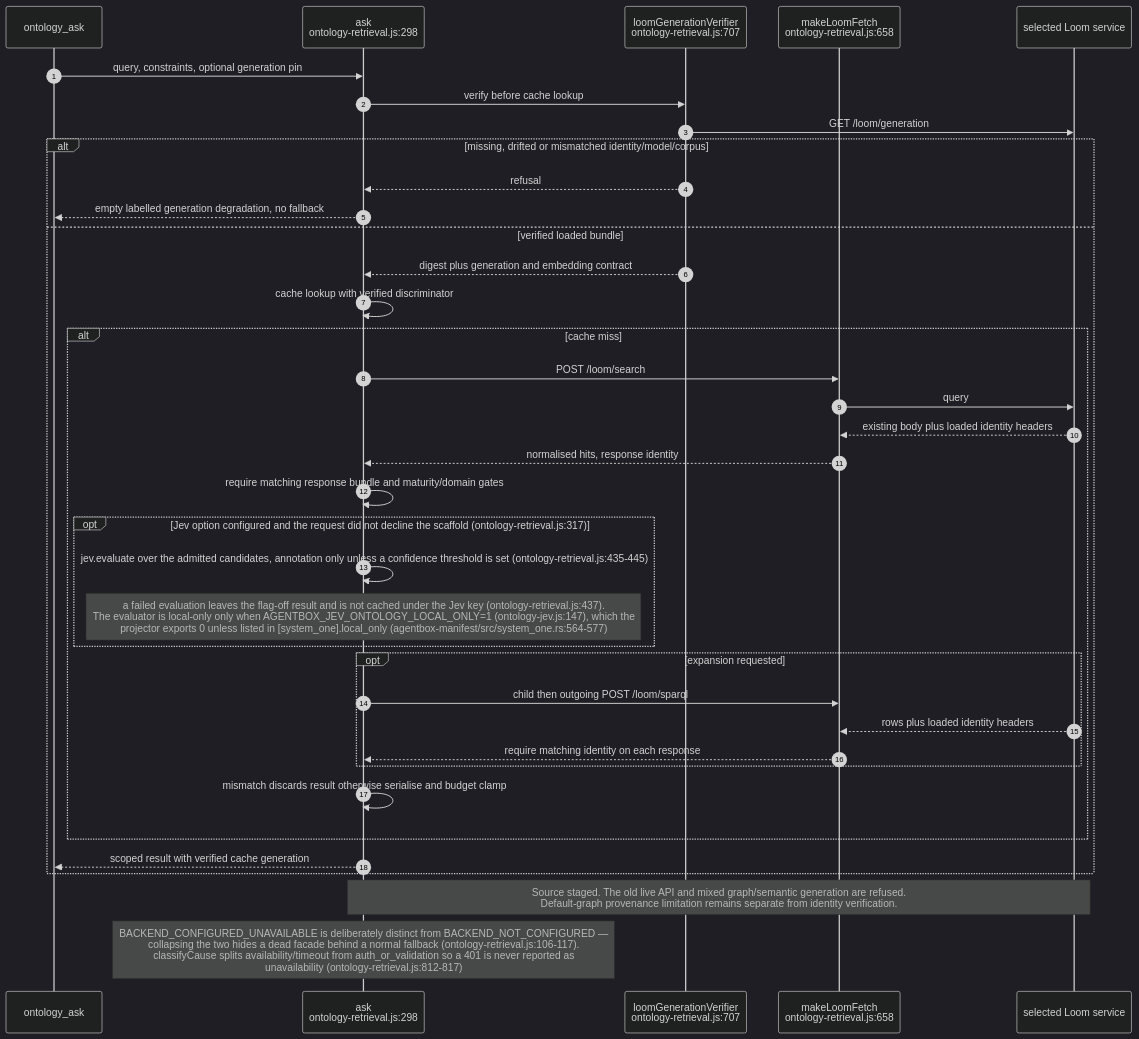
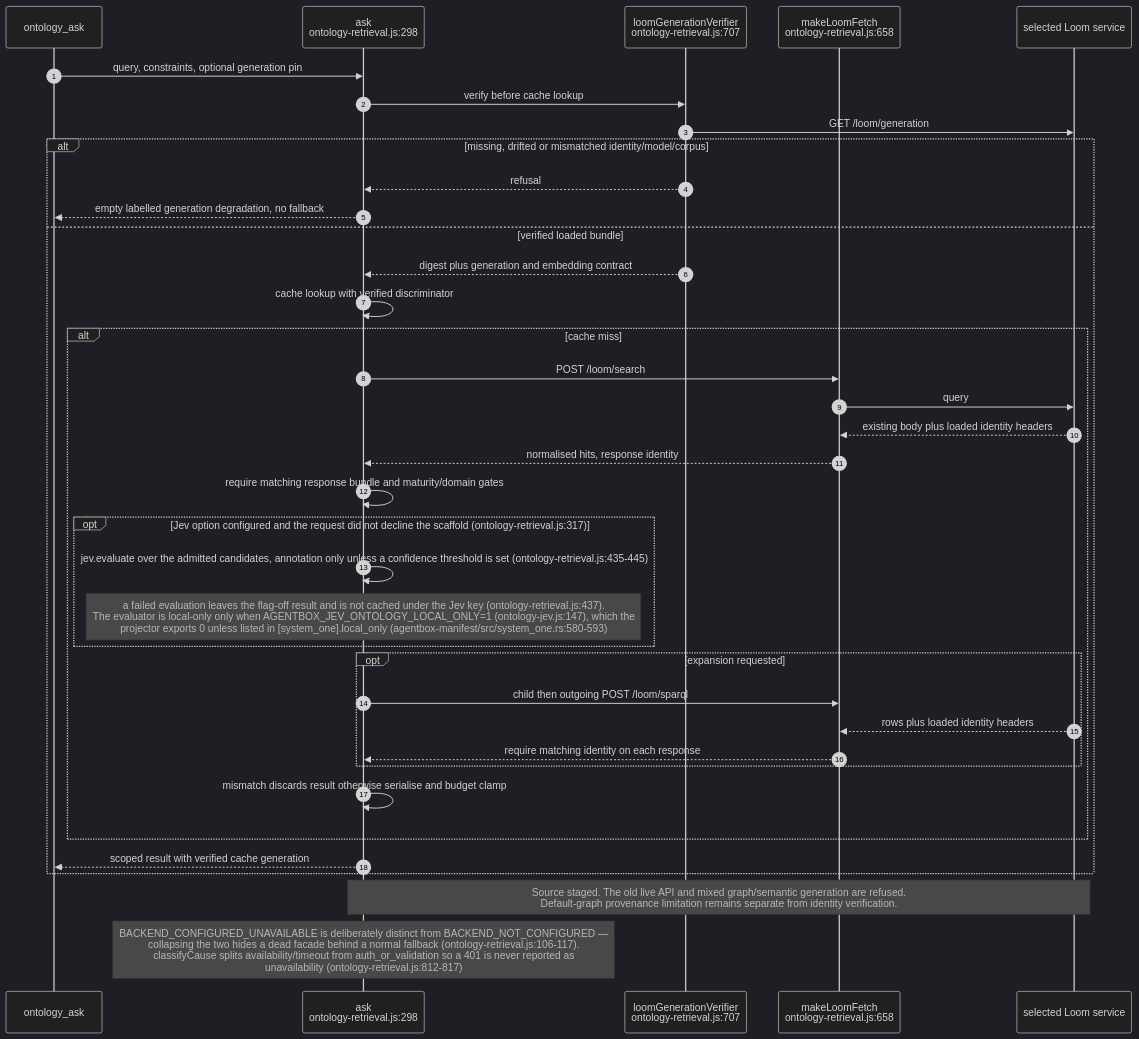
One commit to DreamLab-AI/VisionFlow changed the third of 14 diagrams in docs/diagrams/agentbox/24-loom-facade.md. Above: the diagram before and after it, drawn with Mermaid (dark theme). The commit also changed other lines of this file and 173 other files, not shown here.

````diff
--- a/docs/diagrams/agentbox/24-loom-facade.md
+++ b/docs/diagrams/agentbox/24-loom-facade.md
@@ -132,39 +134,39 @@
 ```mermaid
 sequenceDiagram
     autonumber
     participant CALL as ontology_ask
     participant ASK as ask<br/>ontology-retrieval.js:298
     participant VERIFY as loomGenerationVerifier<br/>ontology-retrieval.js:707
     participant FETCH as makeLoomFetch<br/>ontology-retrieval.js:658
     participant LOOM as selected Loom service
     CALL->>ASK: query, constraints, optional generation pin
     ASK->>VERIFY: verify before cache lookup
     VERIFY->>LOOM: GET /loom/generation
     alt missing, drifted or mismatched identity/model/corpus
         VERIFY-->>ASK: refusal
         ASK-->>CALL: empty labelled generation degradation, no fallback
     else verified loaded bundle
         VERIFY-->>ASK: digest plus generation and embedding contract
         ASK->>ASK: cache lookup with verified discriminator
         alt cache miss
             ASK->>FETCH: POST /loom/search
             FETCH->>LOOM: query
             LOOM-->>FETCH: existing body plus loaded identity headers
             FETCH-->>ASK: normalised hits, response identity
             ASK->>ASK: require matching response bundle and maturity/domain gates
             opt Jev option configured and the request did not decline the scaffold (ontology-retrieval.js:317)
                 ASK->>ASK: jev.evaluate over the admitted candidates, annotation only unless a confidence threshold is set (ontology-retrieval.js:435-445)
-                Note over ASK: a failed evaluation leaves the flag-off result and is not cached under the Jev key (ontology-retrieval.js:437).<br/>The evaluator is local-only only when AGENTBOX_JEV_ONTOLOGY_LOCAL_ONLY=1 (ontology-jev.js:147), which the<br/>projector exports 0 unless listed in [system_one].local_only (agentbox-manifest/src/system_one.rs:564-577)
+                Note over ASK: a failed evaluation leaves the flag-off result and is not cached under the Jev key (ontology-retrieval.js:437).<br/>The evaluator is local-only only when AGENTBOX_JEV_ONTOLOGY_LOCAL_ONLY=1 (ontology-jev.js:147), which the<br/>projector exports 0 unless listed in [system_one].local_only (agentbox-manifest/src/system_one.rs:580-593)
             end
             opt expansion requested
                 ASK->>FETCH: child then outgoing POST /loom/sparql
                 LOOM-->>FETCH: rows plus loaded identity headers
                 FETCH-->>ASK: require matching identity on each response
             end
             ASK->>ASK: mismatch discards result otherwise serialise and budget clamp
         end
         ASK-->>CALL: scoped result with verified cache generation
     end
     Note over ASK,LOOM: Source staged. The old live API and mixed graph/semantic generation are refused.<br/>Default-graph provenance limitation remains separate from identity verification.
     Note over ASK: BACKEND_CONFIGURED_UNAVAILABLE is deliberately distinct from BACKEND_NOT_CONFIGURED —<br/>collapsing the two hides a dead facade behind a normal fallback (ontology-retrieval.js:106-117).<br/>classifyCause splits availability/timeout from auth_or_validation so a 401 is never reported as<br/>unavailability (ontology-retrieval.js:812-817)
 ```
````
